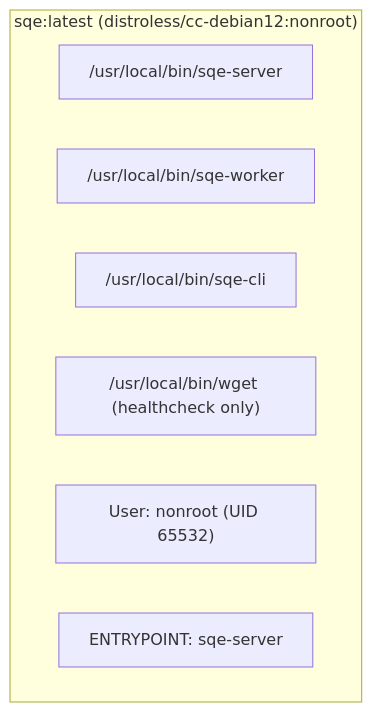
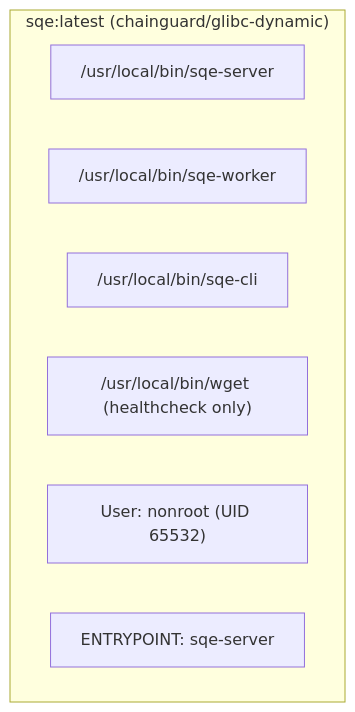
Before and after one commit to schubergphilis/sqe: the diagram in docs/site/book/src/deployment/docker.md, drawn with Mermaid. The commit also changed other lines of this file and 8 other files, not shown here.

````diff
--- a/docs/site/book/src/deployment/docker.md
+++ b/docs/site/book/src/deployment/docker.md
@@ -7,11 +7,11 @@
 ```mermaid
 graph TB
-    subgraph "sqe:latest (distroless/cc-debian12:nonroot)"
+    subgraph "sqe:latest (chainguard/glibc-dynamic)"
         BIN1["/usr/local/bin/sqe-server"]
         BIN2["/usr/local/bin/sqe-worker"]
         BIN3["/usr/local/bin/sqe-cli"]
         HC["/usr/local/bin/wget (healthcheck only)"]
         USER["User: nonroot (UID 65532)"]
         EP["ENTRYPOINT: sqe-server"]
     end
 ```
````
